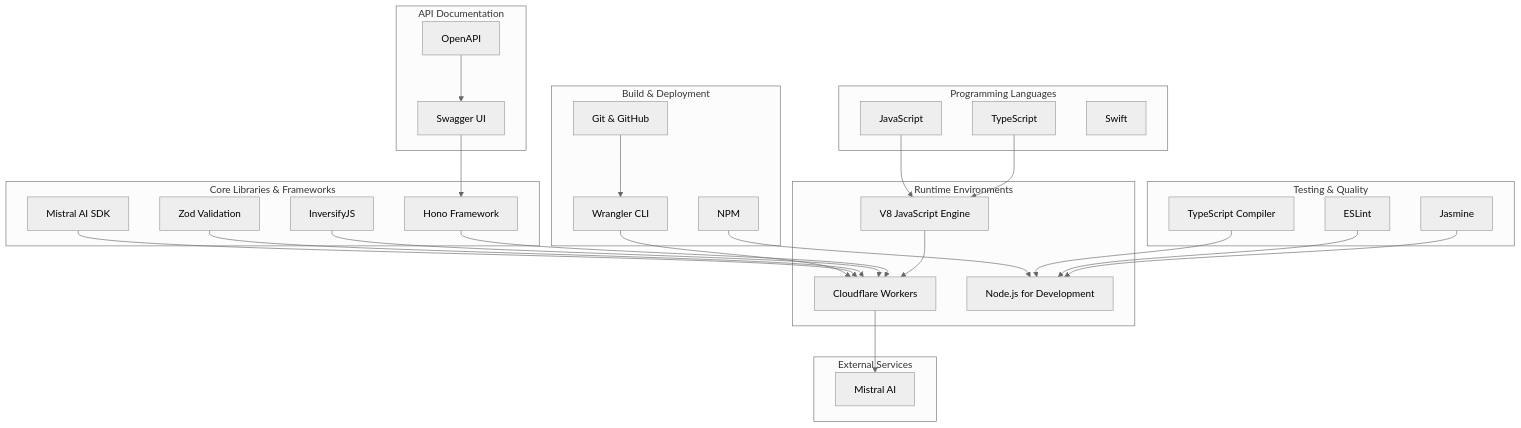
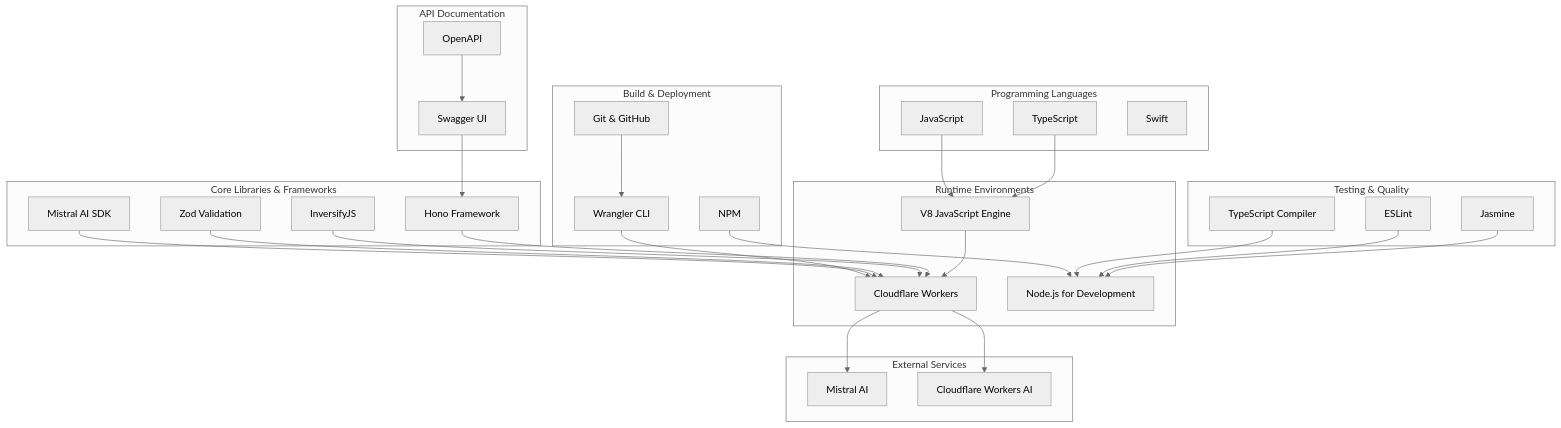
One commit to o2alexanderfedin/OCRChecksServer-demo changed the first of 3 diagrams in docs/architecture/06_Technologies_Used.md. Above: the diagram before and after it, drawn with Mermaid (neutral theme). The commit also changed other lines of this file and 3 other files, not shown here.

````diff
--- a/docs/architecture/06_Technologies_Used.md
+++ b/docs/architecture/06_Technologies_Used.md
@@ -9,64 +9,66 @@
 ```mermaid
 graph TB
     subgraph "Programming Languages"
         TS[TypeScript]
         JS[JavaScript]
         Swift[Swift]
     end
     
     subgraph "Runtime Environments"
         CF[Cloudflare Workers]
         Node[Node.js for Development]
         V8[V8 JavaScript Engine]
     end
     
     subgraph "Core Libraries & Frameworks"
         Hono[Hono Framework]
         Inversify[InversifyJS]
         Zod[Zod Validation]
         MistralSDK[Mistral AI SDK]
     end
     
     subgraph "Testing & Quality"
         Jasmine[Jasmine]
         ESLint[ESLint]
         TypeCheck[TypeScript Compiler]
     end
     
     subgraph "Build & Deployment"
         Wrangler[Wrangler CLI]
         NPM[NPM]
         Git[Git & GitHub]
     end
     
     subgraph "API Documentation"
         Swagger[Swagger UI]
         OpenAPI[OpenAPI]
     end
     
     subgraph "External Services"
         MistralAI[Mistral AI]
+        CloudflareAI[Cloudflare Workers AI]
     end
     
     TS --> V8
     JS --> V8
     V8 --> CF
     
     Hono --> CF
     Inversify --> CF
     Zod --> CF
     MistralSDK --> CF
     
     Jasmine --> Node
     ESLint --> Node
     TypeCheck --> Node
     
     Wrangler --> CF
     NPM --> Node
     Git --> Wrangler
     
     Swagger --> Hono
     OpenAPI --> Swagger
     
     CF --> MistralAI
+    CF --> CloudflareAI
 ```
````
